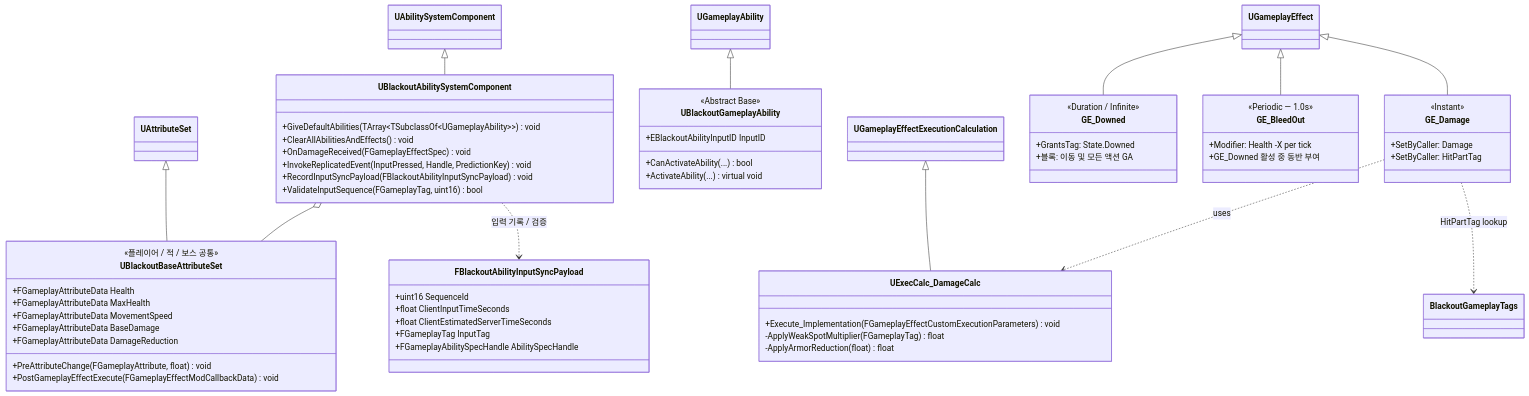
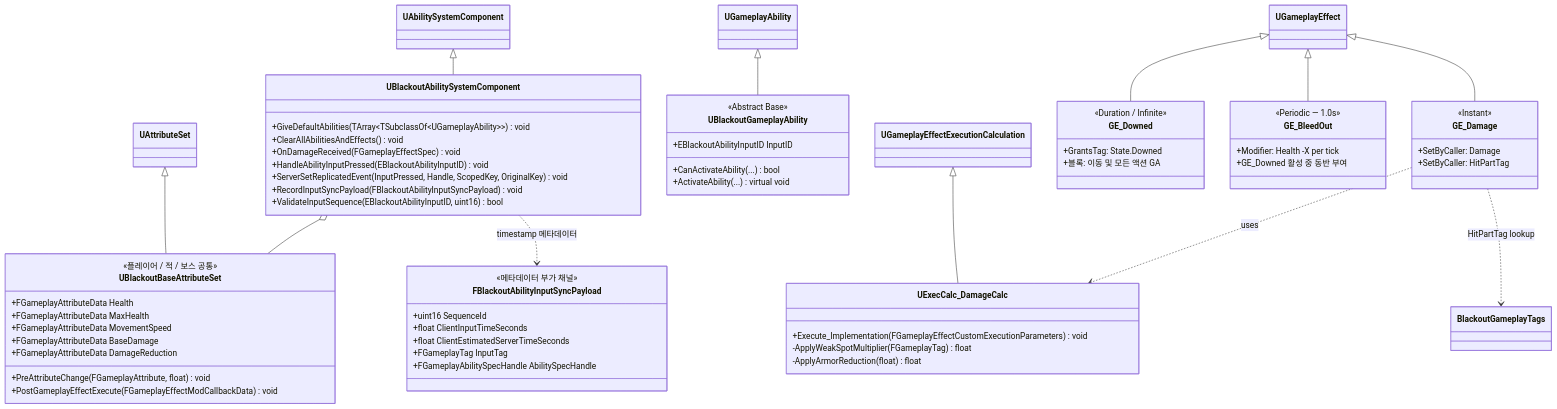
The diagram in Docs/Foundation/03_GAS_Infrastructure.md (seongwon1579/ProjectBlackout), drawn with Mermaid before and after one commit. The commit also changed other lines of this file and 2 other files, not shown here.

Commit message:
Docs: 콤보 입력 동기화 v2 설계 재작성
- 기술_설계서_TDD_v5.md §4.1 : Multicast 몽타주 폐기, PlayMontageAndWait + RepAnimMontageInfo 자동 복제, 서버 World Time 타이머 윈도우, 표준 ServerSetReplicatedEvent 입력 경로, 거절 시 EndAbility 대신 RecoveryEnd 까지 재생 정책으로 재작성

- Combat/04_Combat_Abilities.md : UGA_Melee_Player / UGA_Dodge 클래스 다이어그램과 구현 노트를 v2 권위 모델로 갱신. FBlackoutComboSectionDef 도입, 입력 페이로드는 메타데이터 부가 채널로 격하

- Foundation/03_GAS_Infrastructure.md : ASC 다이어그램에 ServerSetReplicatedEvent 표기 추가, 페이로드 채널 역할 명시

````diff
--- a/Docs/Foundation/03_GAS_Infrastructure.md
+++ b/Docs/Foundation/03_GAS_Infrastructure.md
@@ -6,76 +6,78 @@
 ```mermaid
 classDiagram
     direction TB
 
     UAbilitySystemComponent <|-- UBlackoutAbilitySystemComponent
     UAttributeSet <|-- UBlackoutBaseAttributeSet
     UGameplayAbility <|-- UBlackoutGameplayAbility
     UGameplayEffect <|-- GE_Damage
     UGameplayEffect <|-- GE_Downed
     UGameplayEffect <|-- GE_BleedOut
     UGameplayEffectExecutionCalculation <|-- UExecCalc_DamageCalc
 
     class UBlackoutAbilitySystemComponent {
         +GiveDefaultAbilities(TArray~TSubclassOf~UGameplayAbility~~) void
         +ClearAllAbilitiesAndEffects() void
         +OnDamageReceived(FGameplayEffectSpec) void
-        +InvokeReplicatedEvent(InputPressed, Handle, PredictionKey) void
+        +HandleAbilityInputPressed(EBlackoutAbilityInputID) void
+        +ServerSetReplicatedEvent(InputPressed, Handle, ScopedKey, OriginalKey) void
         +RecordInputSyncPayload(FBlackoutAbilityInputSyncPayload) void
-        +ValidateInputSequence(FGameplayTag, uint16) bool
+        +ValidateInputSequence(EBlackoutAbilityInputID, uint16) bool
     }
 
     class FBlackoutAbilityInputSyncPayload {
+        <<메타데이터 부가 채널>>
         +uint16 SequenceId
         +float ClientInputTimeSeconds
         +float ClientEstimatedServerTimeSeconds
         +FGameplayTag InputTag
         +FGameplayAbilitySpecHandle AbilitySpecHandle
     }
 
     class UBlackoutBaseAttributeSet {
         <<플레이어 / 적 / 보스 공통>>
         +FGameplayAttributeData Health
         +FGameplayAttributeData MaxHealth
         +FGameplayAttributeData MovementSpeed
         +FGameplayAttributeData BaseDamage
         +FGameplayAttributeData DamageReduction
         +PreAttributeChange(FGameplayAttribute, float) void
         +PostGameplayEffectExecute(FGameplayEffectModCallbackData) void
     }
 
     class UBlackoutGameplayAbility {
         <<Abstract Base>>
         +EBlackoutAbilityInputID InputID
         +CanActivateAbility(...) bool
         +ActivateAbility(...) virtual void
     }
 
     class GE_Damage {
         <<Instant>>
         +SetByCaller: Damage
         +SetByCaller: HitPartTag
     }
 
     class GE_Downed {
         <<Duration / Infinite>>
         +GrantsTag: State.Downed
         +블록: 이동 및 모든 액션 GA
     }
 
     class GE_BleedOut {
         <<Periodic — 1.0s>>
         +Modifier: Health -X per tick
         +GE_Downed 활성 중 동반 부여
     }
 
     class UExecCalc_DamageCalc {
         +Execute_Implementation(FGameplayEffectCustomExecutionParameters) void
         -ApplyWeakSpotMultiplier(FGameplayTag) float
         -ApplyArmorReduction(float) float
     }
 
     UBlackoutAbilitySystemComponent o-- UBlackoutBaseAttributeSet
-    UBlackoutAbilitySystemComponent ..> FBlackoutAbilityInputSyncPayload : 입력 기록 / 검증
+    UBlackoutAbilitySystemComponent ..> FBlackoutAbilityInputSyncPayload : timestamp 메타데이터
     GE_Damage ..> UExecCalc_DamageCalc : uses
     GE_Damage ..> BlackoutGameplayTags : HitPartTag lookup
 ```
````
